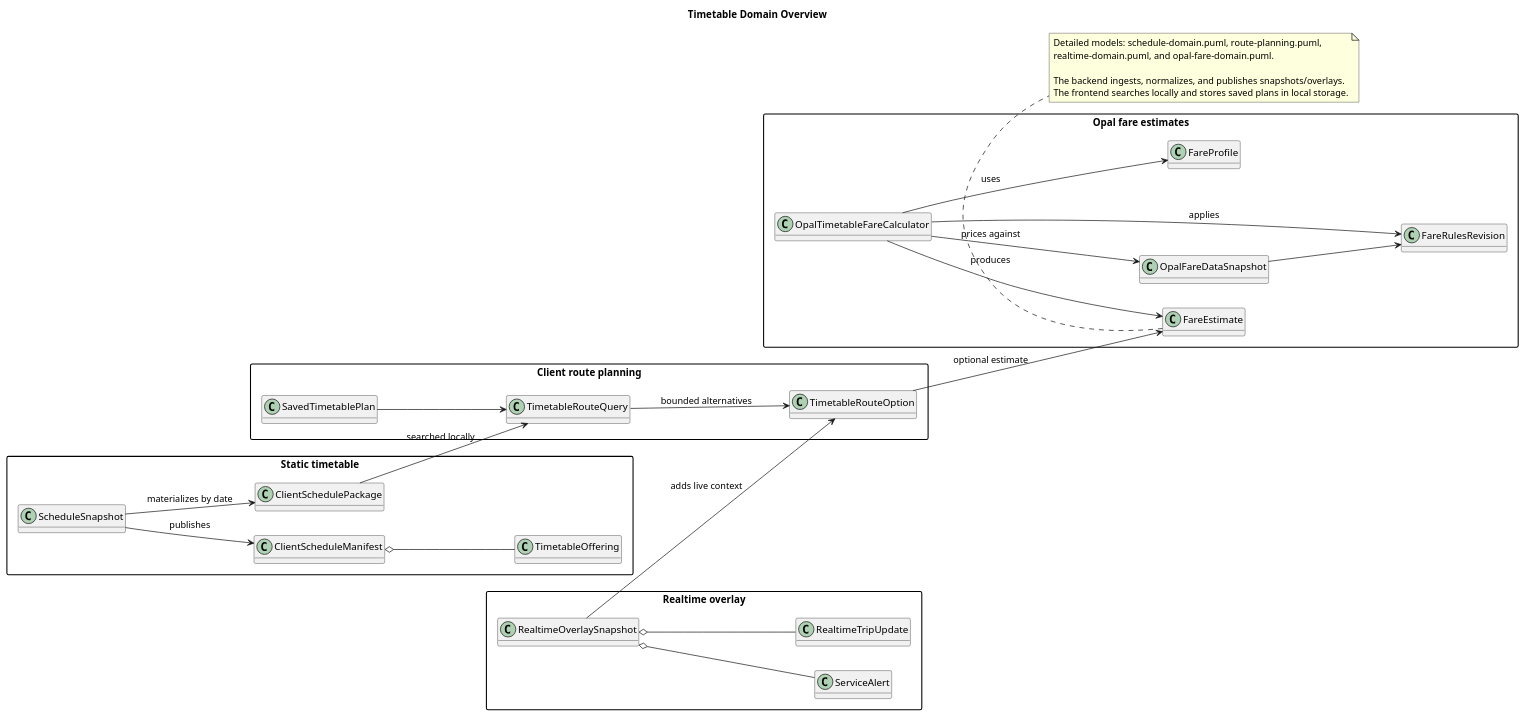
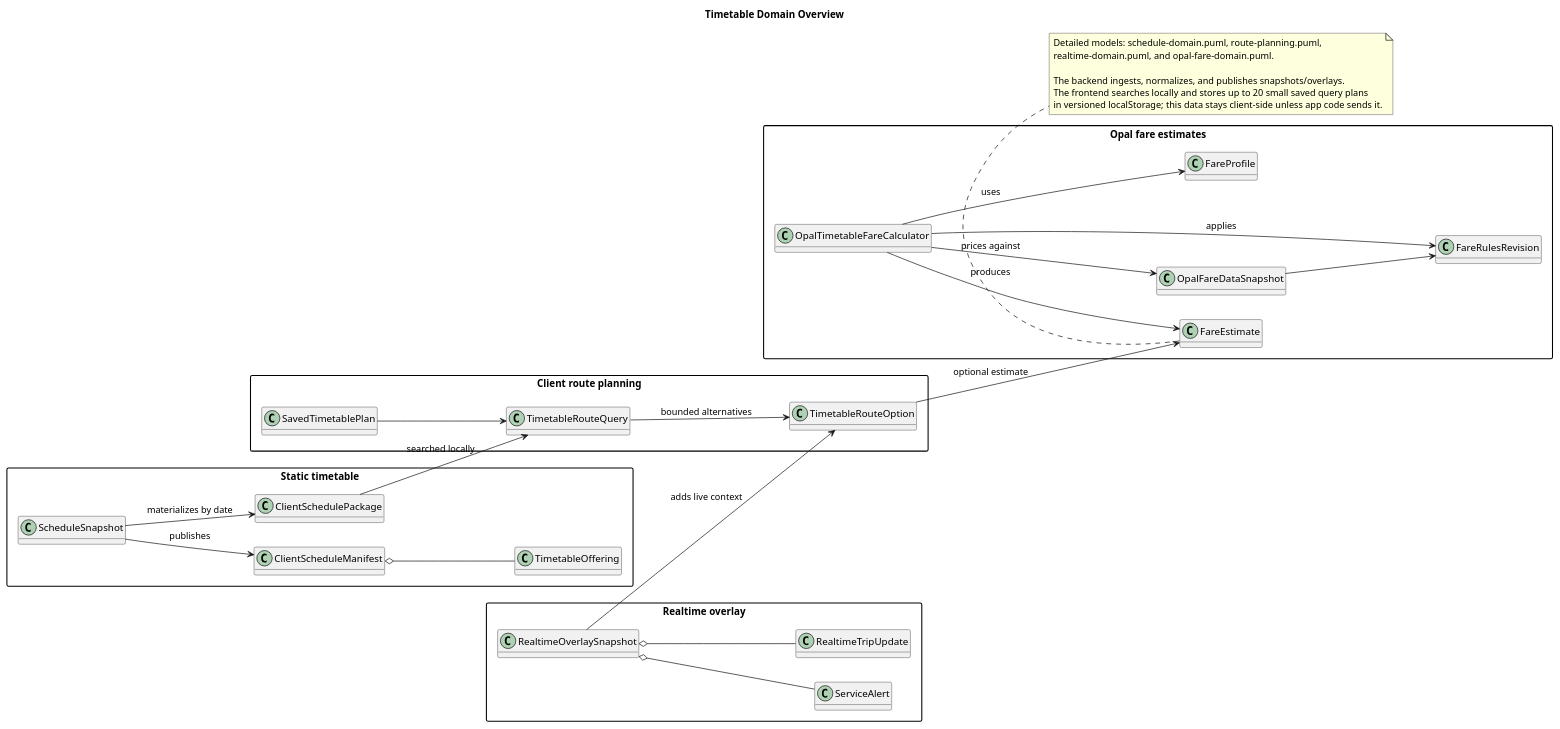
One commit to Ethan-Singh/metro-parking-web-service changed the diagram in domain/models/timetable/domain.puml. Above: the diagram before and after it, drawn with PlantUML. The commit also changed 3 other files, not shown here.

Commit message:
docs: document saved timetable storage

```diff
--- a/domain/models/timetable/domain.puml
+++ b/domain/models/timetable/domain.puml
@@ -1,57 +1,58 @@
 @startuml
 title Timetable Domain Overview
 left to right direction
 skinparam packageStyle rectangle
 hide methods
 
 package "Static timetable" {
   class ScheduleSnapshot
   class ClientScheduleManifest
   class ClientSchedulePackage
   class TimetableOffering
   ScheduleSnapshot --> ClientScheduleManifest : publishes
   ScheduleSnapshot --> ClientSchedulePackage : materializes by date
   ClientScheduleManifest o-- TimetableOffering
 }
 
 package "Client route planning" {
   class SavedTimetablePlan
   class TimetableRouteQuery
   class TimetableRouteOption
   SavedTimetablePlan --> TimetableRouteQuery
   TimetableRouteQuery --> TimetableRouteOption : bounded alternatives
 }
 
 package "Realtime overlay" {
   class RealtimeOverlaySnapshot
   class ServiceAlert
   class RealtimeTripUpdate
   RealtimeOverlaySnapshot o-- ServiceAlert
   RealtimeOverlaySnapshot o-- RealtimeTripUpdate
 }
 
 package "Opal fare estimates" {
   class OpalFareDataSnapshot
   class FareRulesRevision
   class FareProfile
   class OpalTimetableFareCalculator
   class FareEstimate
   OpalFareDataSnapshot --> FareRulesRevision
   OpalTimetableFareCalculator --> OpalFareDataSnapshot : prices against
   OpalTimetableFareCalculator --> FareRulesRevision : applies
   OpalTimetableFareCalculator --> FareProfile : uses
   OpalTimetableFareCalculator --> FareEstimate : produces
 }
 
 ClientSchedulePackage --> TimetableRouteQuery : searched locally
 RealtimeOverlaySnapshot --> TimetableRouteOption : adds live context
 TimetableRouteOption --> FareEstimate : optional estimate
 
 note bottom
   Detailed models: schedule-domain.puml, route-planning.puml,
   realtime-domain.puml, and opal-fare-domain.puml.
 
   The backend ingests, normalizes, and publishes snapshots/overlays.
-  The frontend searches locally and stores saved plans in local storage.
+  The frontend searches locally and stores up to 20 small saved query plans
+  in versioned localStorage; this data stays client-side unless app code sends it.
 end note
 @enduml
```
